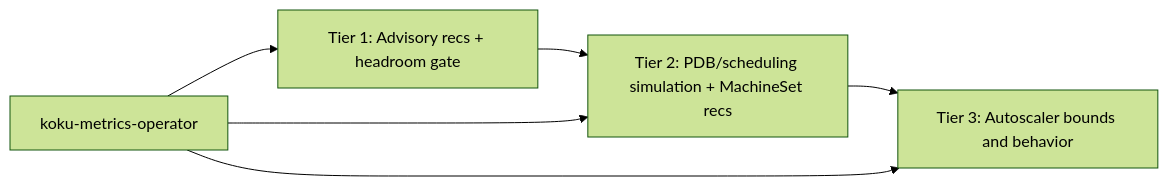
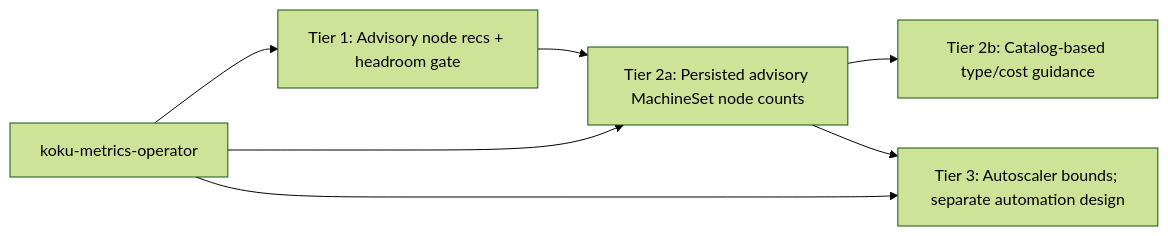
Before and after one commit to pgarciaq/ros-ocp-backend: the first of 2 diagrams in docs-site/planned-features/machineset-recommendations.md, drawn with Mermaid (forest theme). The commit also changed other lines of this file and 7 other files, not shown here.

Commit message:
docs(#47): align MachineSet Tier 2a contracts

````diff
--- a/docs-site/planned-features/machineset-recommendations.md
+++ b/docs-site/planned-features/machineset-recommendations.md
@@ -59,8 +74,9 @@
 ```mermaid
 flowchart LR
-  T1[Tier 1: Advisory recs + headroom gate] --> T2[Tier 2: PDB/scheduling simulation + MachineSet recs]
-  T2 --> T3[Tier 3: Autoscaler bounds and behavior]
+  T1[Tier 1: Advisory node recs + headroom gate] --> T2[Tier 2a: Persisted advisory MachineSet node counts]
+  T2 --> T2b[Tier 2b: Catalog-based type/cost guidance]
+  T2 --> T3[Tier 3: Autoscaler bounds; separate automation design]
   Op[koku-metrics-operator] --> T1
   Op --> T2
   Op --> T3
 ```
````
